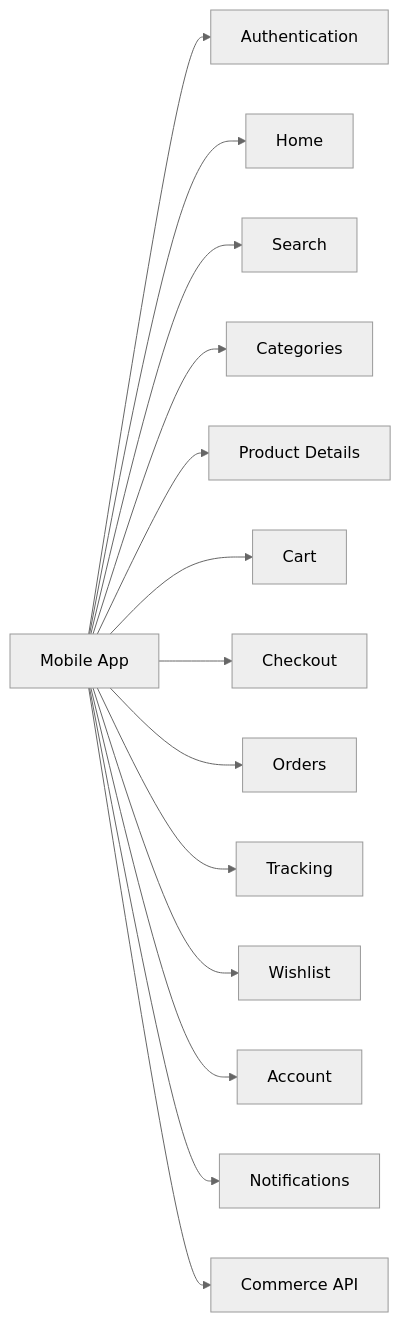
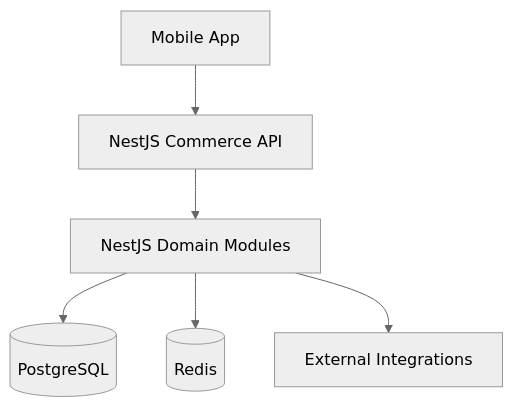
One commit to Izyane-InovSolutions/commerce changed diagram 19 of 25 in README.md. Above: the diagram before and after it, drawn with Mermaid (neutral theme). The commit also changed other lines of this file, not shown here.

Commit message:
docs: switch backend architecture to NestJS modular monolith

````diff
--- a/README.md
+++ b/README.md
@@ -895,18 +873,9 @@
 ```mermaid
-flowchart LR
+flowchart TD
     MOBILE[Mobile App]
-    MOBILE --> AUTH[Authentication]
-    MOBILE --> HOME[Home]
-    MOBILE --> SEARCH[Search]
-    MOBILE --> CATEGORY[Categories]
-    MOBILE --> PRODUCT[Product Details]
-    MOBILE --> CART[Cart]
-    MOBILE --> CHECKOUT[Checkout]
-    MOBILE --> ORDERS[Orders]
-    MOBILE --> TRACK[Tracking]
-    MOBILE --> WISHLIST[Wishlist]
-    MOBILE --> ACCOUNT[Account]
-    MOBILE --> NOTIFY[Notifications]
-
-    MOBILE --> API[Commerce API]
+    MOBILE --> API[NestJS Commerce API]
+    API --> MODULES[NestJS Domain Modules]
+    MODULES --> DB[(PostgreSQL)]
+    MODULES --> REDIS[(Redis)]
+    MODULES --> EXTERNAL[External Integrations]
 ```
````
